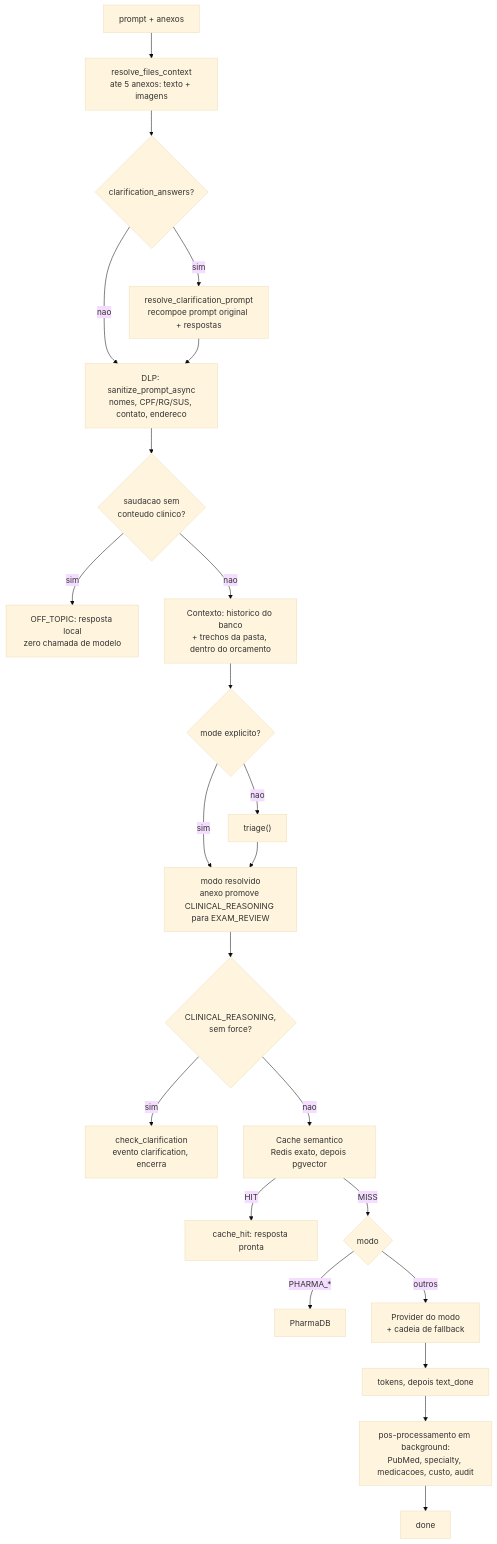
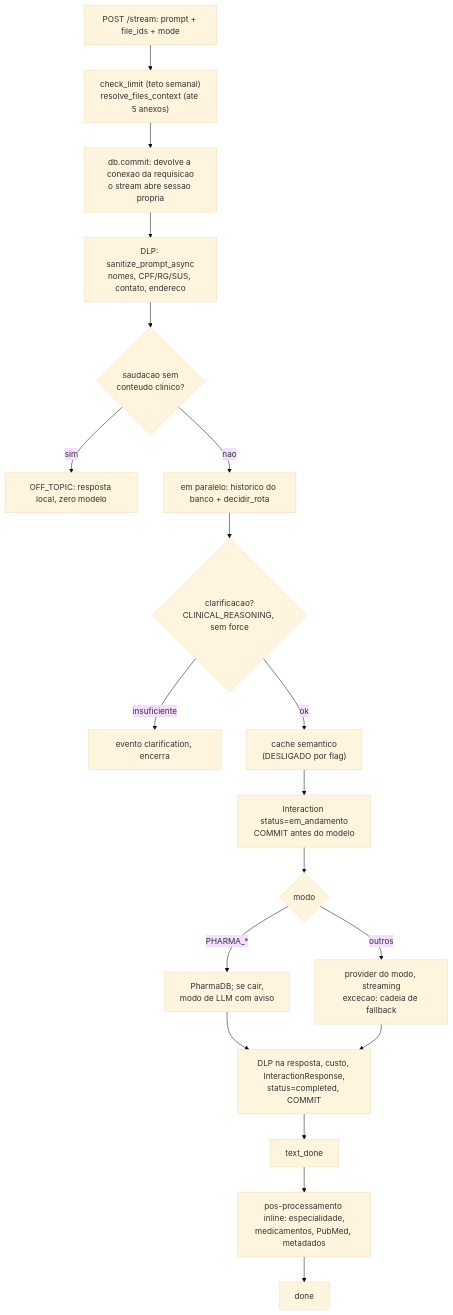
One commit to siedlarczyk-98/IA-Medico-360 changed the second of 3 diagrams in docs/ARQUITETURA_TECNICA.md. Above: the diagram before and after it, drawn with Mermaid (base theme). The commit also changed other lines of this file and 11 other files, not shown here.

````diff
--- a/docs/ARQUITETURA_TECNICA.md
+++ b/docs/ARQUITETURA_TECNICA.md
@@ -473,25 +540,20 @@
 ```mermaid
 flowchart TD
-    A["prompt + anexos"] --> B["resolve_files_context<br/>ate 5 anexos: texto + imagens"]
-    B --> C{"clarification_answers?"}
-    C -- sim --> D["resolve_clarification_prompt<br/>recompoe prompt original + respostas"]
-    C -- nao --> E
-    D --> E["DLP: sanitize_prompt_async<br/>nomes, CPF/RG/SUS, contato, endereco"]
-    E --> F{"saudacao sem<br/>conteudo clinico?"}
-    F -- sim --> G["OFF_TOPIC: resposta local<br/>zero chamada de modelo"]
-    F -- nao --> H["Contexto: historico do banco<br/>+ trechos da pasta, dentro do orcamento"]
-    H --> I{"mode explicito?"}
-    I -- nao --> J["triage()"]
-    I -- sim --> K
-    J --> K["modo resolvido<br/>anexo promove CLINICAL_REASONING para EXAM_REVIEW"]
-    K --> L{"CLINICAL_REASONING,<br/>sem force?"}
-    L -- sim --> M["check_clarification<br/>evento clarification, encerra"]
-    L -- nao --> N["Cache semantico<br/>Redis exato, depois pgvector"]
-    N -- HIT --> O["cache_hit: resposta pronta"]
-    N -- MISS --> P{"modo"}
-    P -- "PHARMA_*" --> Q["PharmaDB"]
-    P -- "outros" --> R["Provider do modo<br/>+ cadeia de fallback"]
-    R --> S["tokens, depois text_done"]
-    S --> T["pos-processamento em background:<br/>PubMed, specialty, medicacoes, custo, audit"]
-    T --> U["done"]
+    A["POST /stream: prompt + file_ids + mode"] --> B["check_limit (teto semanal)<br/>resolve_files_context (ate 5 anexos)"]
+    B --> C["db.commit: devolve a conexao da requisicao<br/>o stream abre sessao propria"]
+    C --> D["DLP: sanitize_prompt_async<br/>nomes, CPF/RG/SUS, contato, endereco"]
+    D --> E{"saudacao sem<br/>conteudo clinico?"}
+    E -- sim --> F["OFF_TOPIC: resposta local, zero modelo"]
+    E -- nao --> G["em paralelo: historico do banco + decidir_rota"]
+    G --> H{"clarificacao?<br/>CLINICAL_REASONING, sem force"}
+    H -- insuficiente --> I["evento clarification, encerra"]
+    H -- ok --> J["cache semantico<br/>(DESLIGADO por flag)"]
+    J --> K["Interaction status=em_andamento<br/>COMMIT antes do modelo"]
+    K --> L{"modo"}
+    L -- "PHARMA_*" --> M["PharmaDB; se cair,<br/>modo de LLM com aviso"]
+    L -- outros --> N["provider do modo, streaming<br/>excecao: cadeia de fallback"]
+    M & N --> O["DLP na resposta, custo, InteractionResponse,<br/>status=completed, COMMIT"]
+    O --> P["text_done"]
+    P --> Q["pos-processamento inline: especialidade,<br/>medicamentos, PubMed, metadados"]
+    Q --> R["done"]
 ```
````
